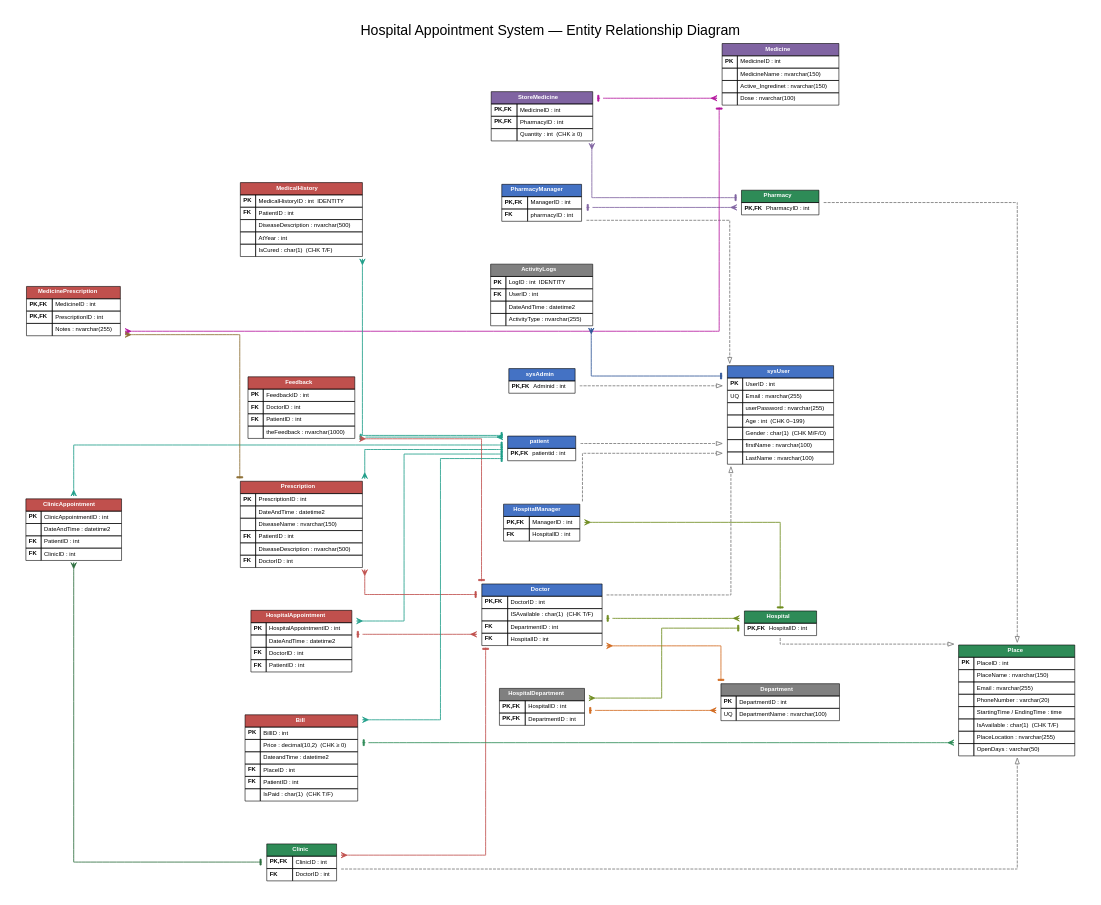
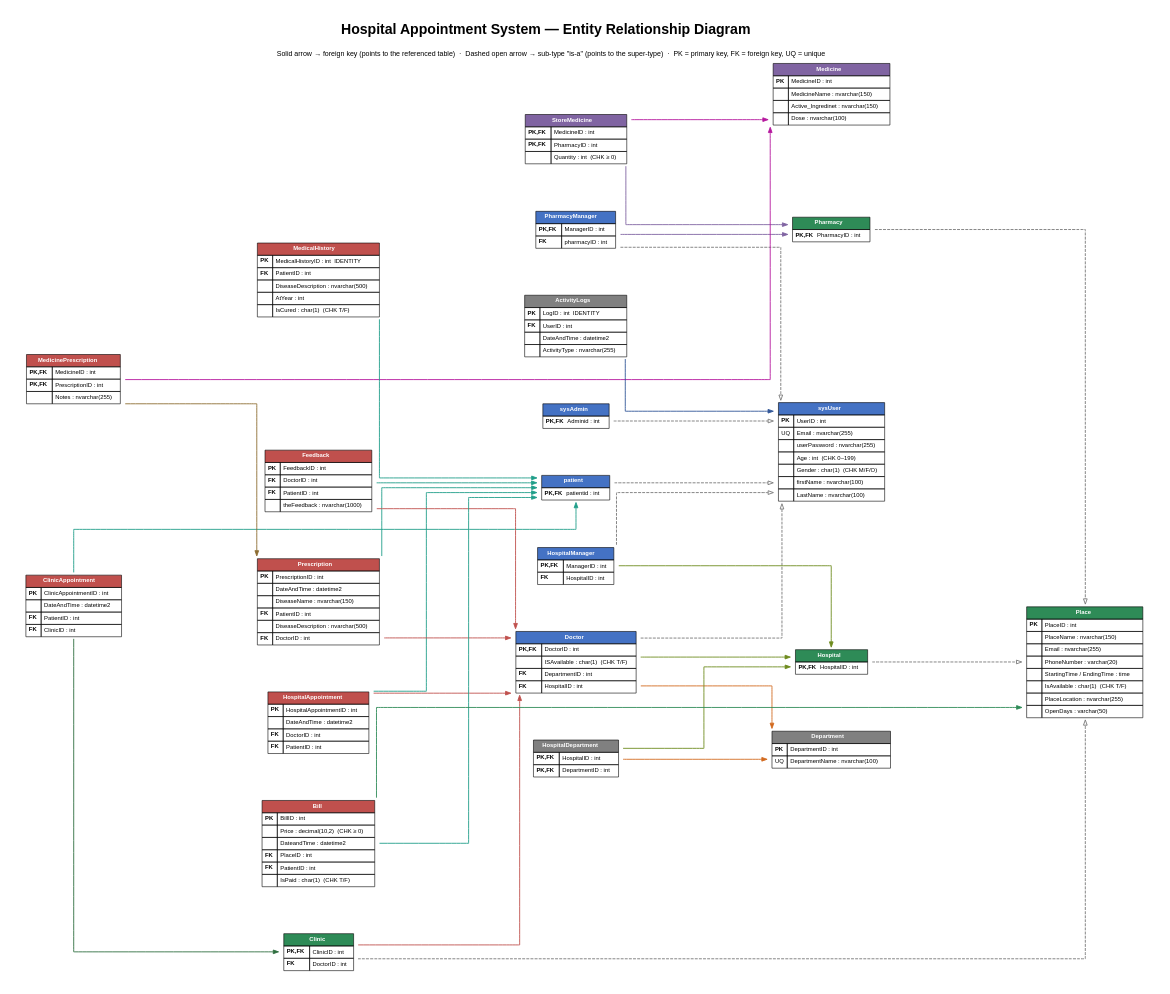
Before and after one commit to asermohamed1/cmp-2020-database-project-Hospital-Appointment-system-: the diagram in database/er_diagram.dot, drawn with Graphviz. The commit also changed 1 other file, not shown here.

Commit message:
Simplify ER diagram relationship notation for clarity
Replace the crow's-foot/tee markers (which rendered as stray glyphs mid-line)
with clean single arrows pointing from each foreign key to the referenced
table. Merge overlapping line segments (concentrate), widen spacing, and add
a short notation key to the title so the diagram is self-explanatory.

```diff
--- a/database/er_diagram.dot
+++ b/database/er_diagram.dot
@@ -7,12 +7,12 @@
 //   Dashed edges = identifying 1:1 ISA / sub-type relationships
 
 digraph HospitalAppointmentSystem {
-    graph [rankdir=LR, splines=ortho, nodesep=0.9, ranksep=2.6, bgcolor="white",
-           fontname="Helvetica", overlap=false, concentrate=false, pad=0.4,
-           label="Hospital Appointment System — Entity Relationship Diagram",
+    graph [rankdir=LR, splines=ortho, nodesep=1.0, ranksep=3.0, bgcolor="white",
+           fontname="Helvetica", overlap=false, concentrate=true, pad=0.4,
+           label=<<FONT POINT-SIZE="24"><B>Hospital Appointment System — Entity Relationship Diagram</B></FONT><BR/><BR/><FONT POINT-SIZE="12">Solid arrow → foreign key (points to the referenced table)&#160;&#160;·&#160;&#160;Dashed open arrow → sub-type &quot;is-a&quot; (points to the super-type)&#160;&#160;·&#160;&#160;PK = primary key, FK = foreign key, UQ = unique</FONT>>,
            labelloc="t", fontsize=24];
     node  [shape=plaintext, fontname="Helvetica", fontsize=10];
-    edge  [fontname="Helvetica", fontsize=9, dir=both, penwidth=1.5];
+    edge  [fontname="Helvetica", fontsize=9, dir=forward, penwidth=1.6, arrowsize=0.9];
 
     // ---------- Colors ----------
     // users  #4472C4 (blue) | places #2E8B57 (green) | clinical #C0504D (red)
@@ -215,7 +215,7 @@
        Edges connect table-to-table so the router lands them flush on the box
        borders (no angled stabs into individual cells); foreign keys are
        colour-coded by parent so each can be followed end-to-end. */
-    edge [style=dashed, color="#777777", arrowtail=none, arrowhead=onormal, penwidth=1.4];
+    edge [style=dashed, color="#777777", arrowhead=onormal, penwidth=1.5];
     patient         -> sysUser;
     Doctor          -> sysUser;
     sysAdmin        -> sysUser;
@@ -226,8 +226,8 @@
     Clinic          -> Place;
 
     /* ===================== Foreign keys (one : many) =======================
-       Crow's foot: crow (<) = "many" at the child, tee (|) = "one" at parent. */
-    edge [style=solid, arrowtail=crow, arrowhead=tee];
+       Each arrow points from the child (foreign key) to the referenced parent. */
+    edge [style=solid, arrowhead=normal];
 
     // -> sysUser  (blue)
     edge [color="#2F5597"];
```
